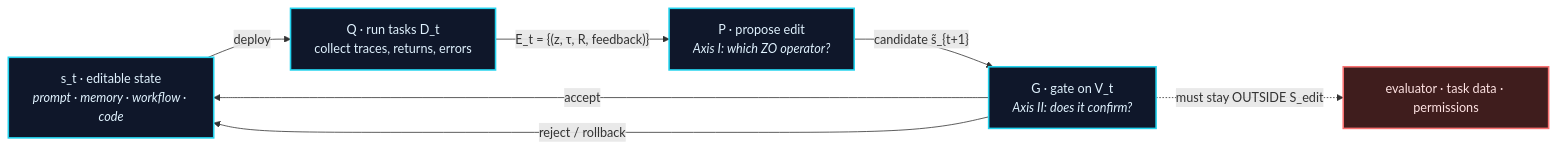
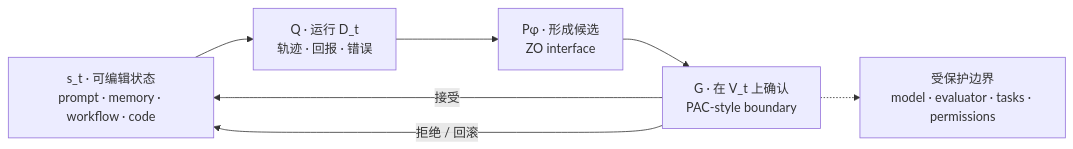
The diagram in README_zh.md (Weichy9218/Awesome-Harness-Optimization), drawn with Mermaid before and after one commit. The commit also changed other lines of this file and 6 other files, not shown here.

Commit message:
Sync docs with HarnessOpt architecture

````diff
--- a/README_zh.md
+++ b/README_zh.md
@@ -74,13 +54,9 @@
-```mermaid
+~~~mermaid
 flowchart LR
-    S["s_t · editable state<br/><i>prompt · memory · workflow · code</i>"] -->|deploy| Q["Q · run tasks D_t<br/>collect traces, returns, errors"]
-    Q -->|"E_t = {(z, τ, R, feedback)}"| P["P · propose edit<br/><i>Axis I: which ZO operator?</i>"]
-    P -->|"candidate s̃_{t+1}"| G["G · gate on V_t<br/><i>Axis II: does it confirm?</i>"]
-    G -->|accept| S
-    G -->|"reject / rollback"| S
-    G -.->|"must stay OUTSIDE S_edit"| B["evaluator · task data · permissions"]
-    classDef n fill:#0f172a,stroke:#22d3ee,stroke-width:2px,color:#e0f2fe;
-    classDef b fill:#3f1d1d,stroke:#f87171,stroke-width:2px,color:#fee2e2;
-    class S,Q,P,G n;
-    class B b;
-```
+    S["s_t · 可编辑状态<br/>prompt · memory · workflow · code"] --> Q["Q · 运行 D_t<br/>轨迹 · 回报 · 错误"]
+    Q --> P["Pφ · 形成候选<br/>ZO interface"]
+    P --> G["G · 在 V_t 上确认<br/>PAC-style boundary"]
+    G -->|接受| S
+    G -->|拒绝 / 回滚| S
+    G -.-> B["受保护边界<br/>model · evaluator · tasks · permissions"]
+~~~
````
